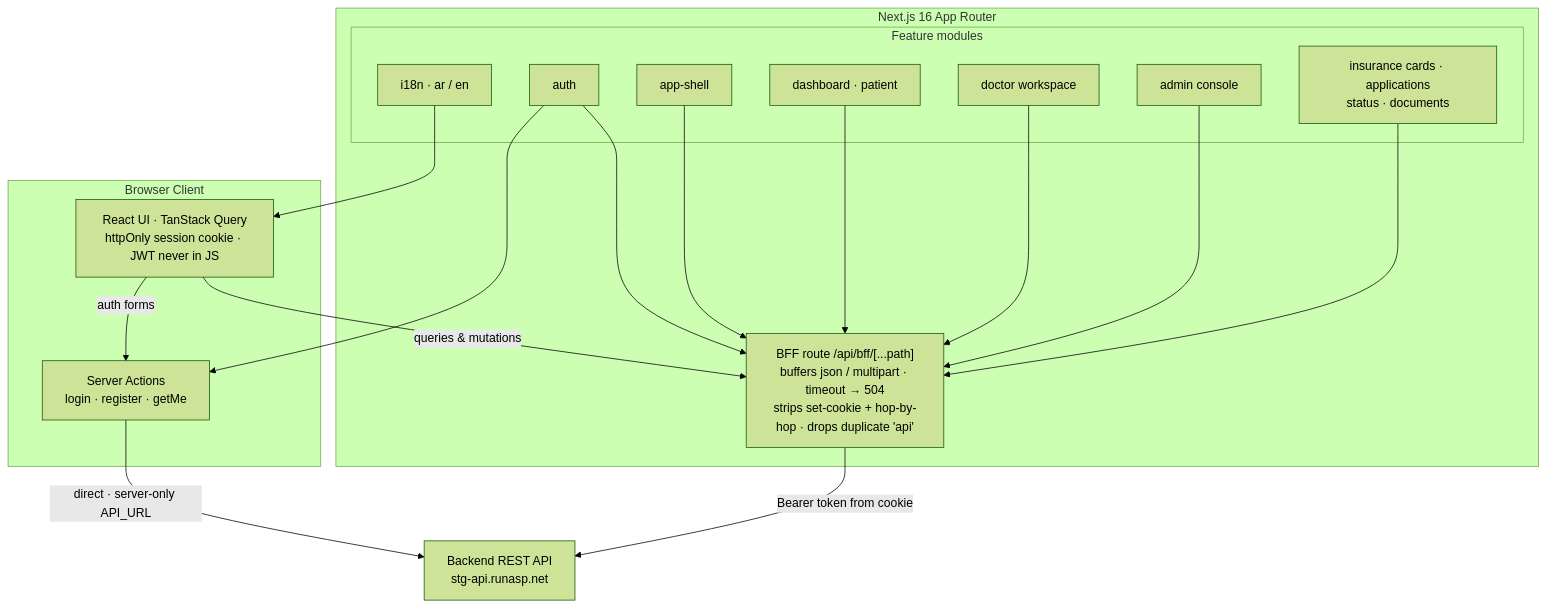
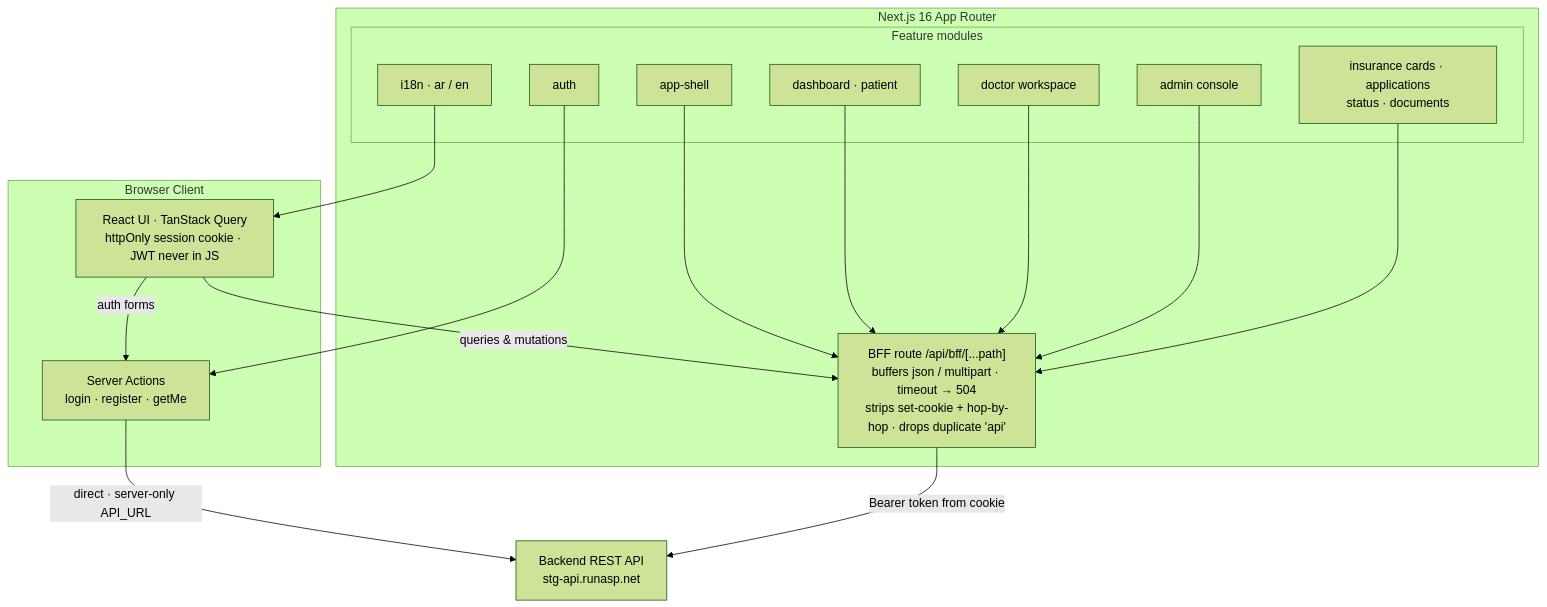
One commit to FadyEmad01/Medical-System-gov-prototype changed the diagram in README.md. Above: the diagram before and after it, drawn with Mermaid (forest theme). The commit also changed other lines of this file, not shown here.

Commit message:
docs(readme): drop auth-bff diagram edge, note vendored exceptions, add cva

````diff
--- a/README.md
+++ b/README.md
@@ -11,35 +11,34 @@
 ```mermaid
 flowchart TD
     subgraph Browser["Browser Client"]
         UI["React UI · TanStack Query<br/>httpOnly session cookie · JWT never in JS"]
         SA["Server Actions<br/>login · register · getMe"]
     end
 
     subgraph Next["Next.js 16 App Router"]
         BFF["BFF route /api/bff/[...path]<br/>buffers json / multipart · timeout → 504<br/>strips set-cookie + hop-by-hop · drops duplicate 'api'"]
         subgraph Features["Feature modules"]
             F_AUTH["auth"]
             F_SHELL["app-shell"]
             F_DASH["dashboard · patient"]
             F_DOC["doctor workspace"]
             F_ADM["admin console"]
             F_INS["insurance cards · applications<br/>status · documents"]
             F_I18N["i18n · ar / en"]
         end
     end
 
     API["Backend REST API<br/>stg-api.runasp.net"]
 
     UI -->|"queries & mutations"| BFF
     UI -->|"auth forms"| SA
     SA -->|"direct · server-only API_URL"| API
     BFF -->|"Bearer token from cookie"| API
     F_AUTH --> SA
-    F_AUTH --> BFF
     F_SHELL --> BFF
     F_DASH --> BFF
     F_DOC --> BFF
     F_ADM --> BFF
     F_INS --> BFF
     F_I18N --> UI
 ```
````
